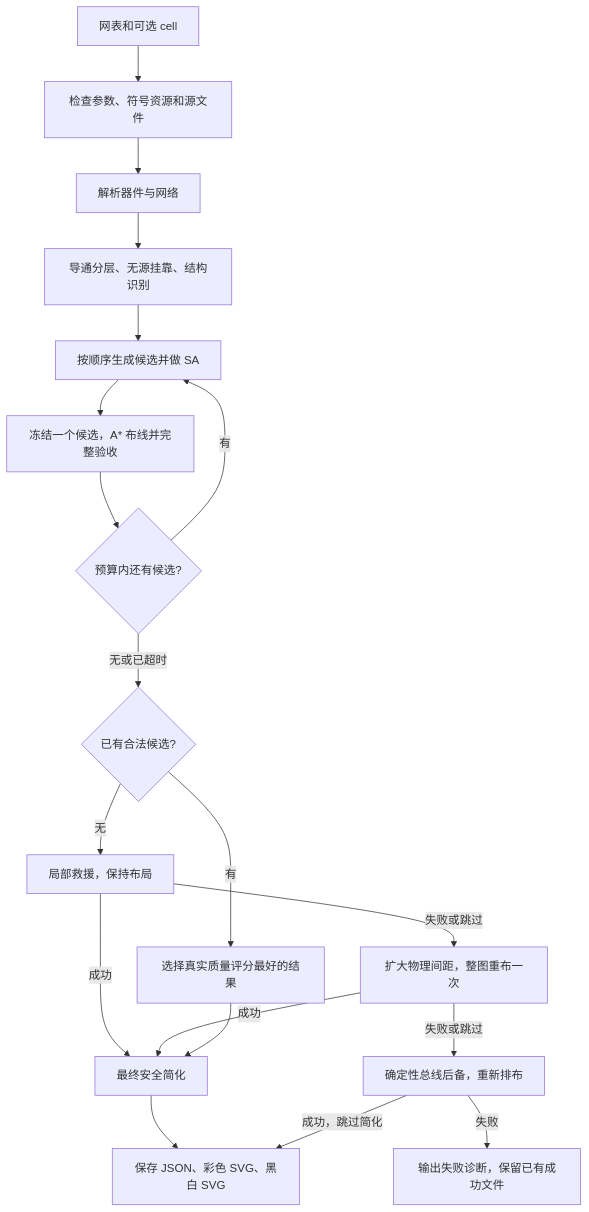
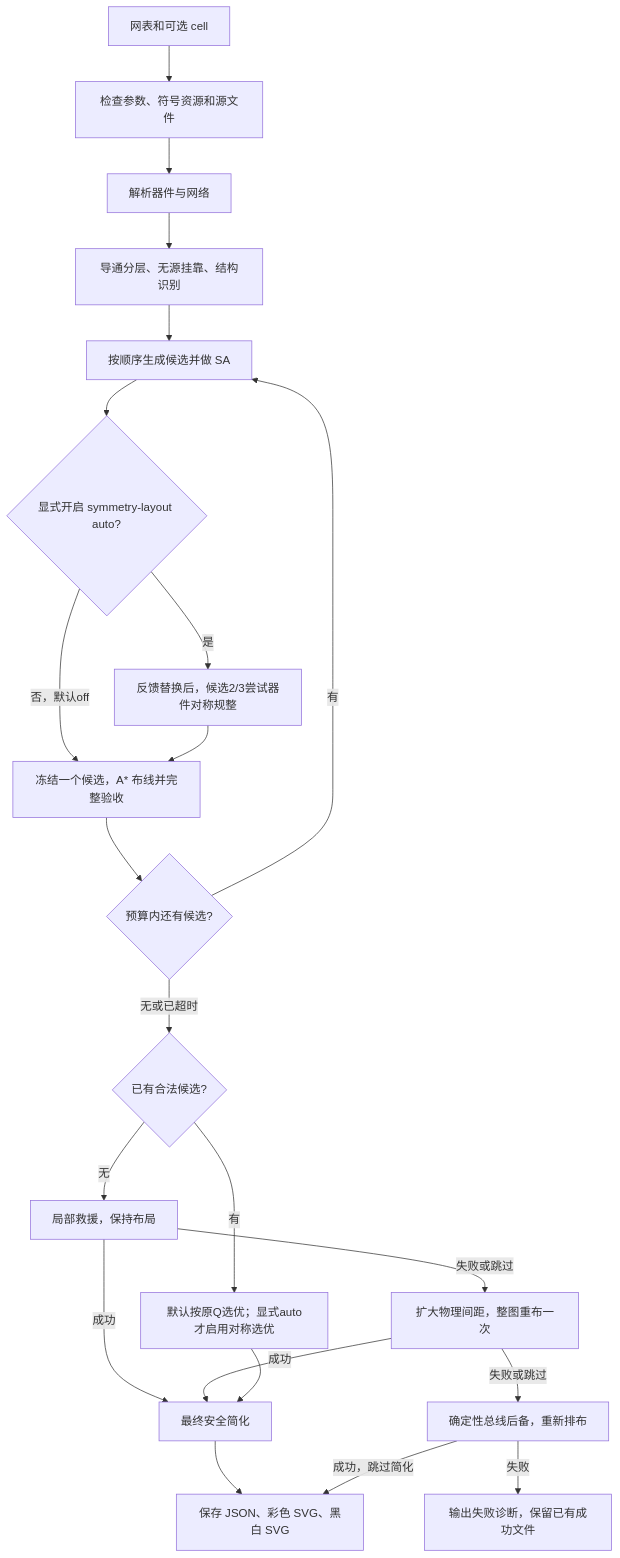
The diagram in docs/flow-walkthrough.md (zhaosh56-star/Netlist2Schematic), drawn with Mermaid before and after one commit. The commit also changed other lines of this file and 11 other files, not shown here.

````diff
--- a/docs/flow-walkthrough.md
+++ b/docs/flow-walkthrough.md
@@ -15,21 +15,24 @@
 ```mermaid
 flowchart TD
     A[网表和可选 cell] --> B[检查参数、符号资源和源文件]
     B --> C[解析器件与网络]
     C --> D[导通分层、无源挂靠、结构识别]
     D --> E[按顺序生成候选并做 SA]
-    E --> F[冻结一个候选，A* 布线并完整验收]
+    E --> S{显式开启 symmetry-layout auto?}
+    S -- 否，默认off --> F[冻结一个候选，A* 布线并完整验收]
+    S -- 是 --> T[反馈替换后，候选2/3尝试器件对称规整]
+    T --> F
     F --> G{预算内还有候选?}
     G -- 有 --> E
     G -- 无或已超时 --> H{已有合法候选?}
-    H -- 有 --> I[选择真实质量评分最好的结果]
+    H -- 有 --> I[默认按原Q选优；显式auto才启用对称选优]
     H -- 无 --> J[局部救援，保持布局]
     J -- 失败或跳过 --> K[扩大物理间距，整图重布一次]
     K -- 失败或跳过 --> L[确定性总线后备，重新排布]
     J -- 成功 --> M[最终安全简化]
     K -- 成功 --> M
     I --> M
     M --> N[保存 JSON、彩色 SVG、黑白 SVG]
     L -- 成功，跳过简化 --> N
     L -- 失败 --> O[输出失败诊断，保留已有成功文件]
 ```
````
